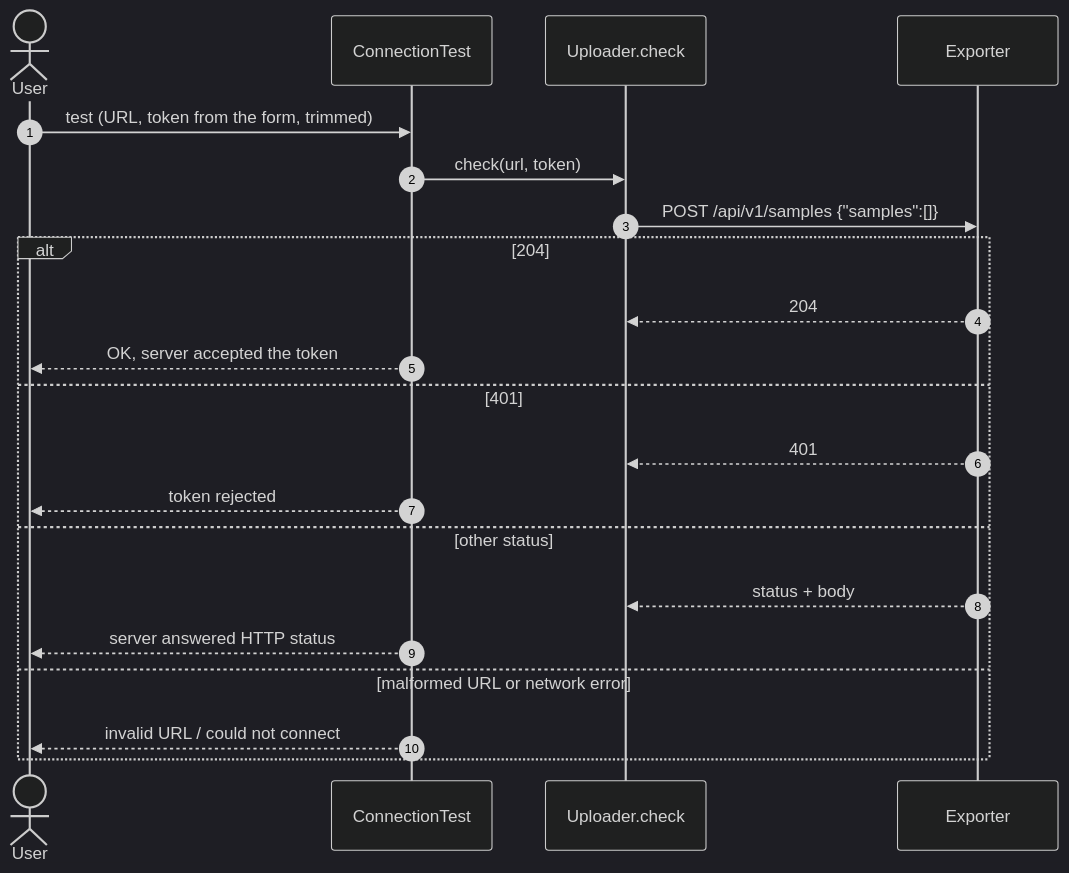
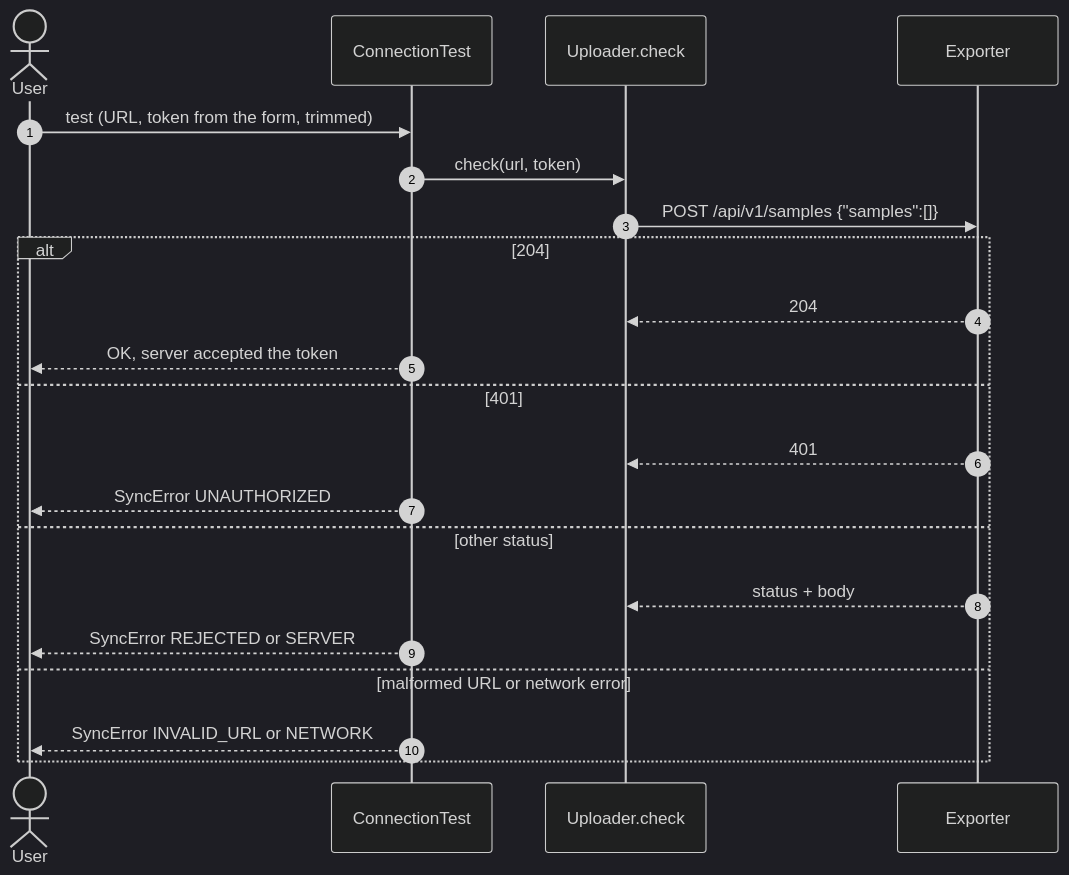
Before and after one commit to MateuxLucax/health-connect-bridge: the seventh of 8 diagrams in docs/sequences.md, drawn with Mermaid (dark theme). The commit also changed other lines of this file and 3 other files, not shown here.

First line of the commit message:
Docs: describe SyncError kinds and the translated UI

````diff
--- a/docs/sequences.md
+++ b/docs/sequences.md
@@ -238,24 +240,24 @@
 ```mermaid
 sequenceDiagram
     autonumber
     actor U as User
     participant C as ConnectionTest
     participant U2 as Uploader.check
     participant E as Exporter
 
     U->>C: test (URL, token from the form, trimmed)
     C->>U2: check(url, token)
     U2->>E: POST /api/v1/samples {"samples":[]}
     alt 204
         E-->>U2: 204
         C-->>U: OK, server accepted the token
     else 401
         E-->>U2: 401
-        C-->>U: token rejected
+        C-->>U: SyncError UNAUTHORIZED
     else other status
         E-->>U2: status + body
-        C-->>U: server answered HTTP status
+        C-->>U: SyncError REJECTED or SERVER
     else malformed URL or network error
-        C-->>U: invalid URL / could not connect
+        C-->>U: SyncError INVALID_URL or NETWORK
     end
 ```
````
